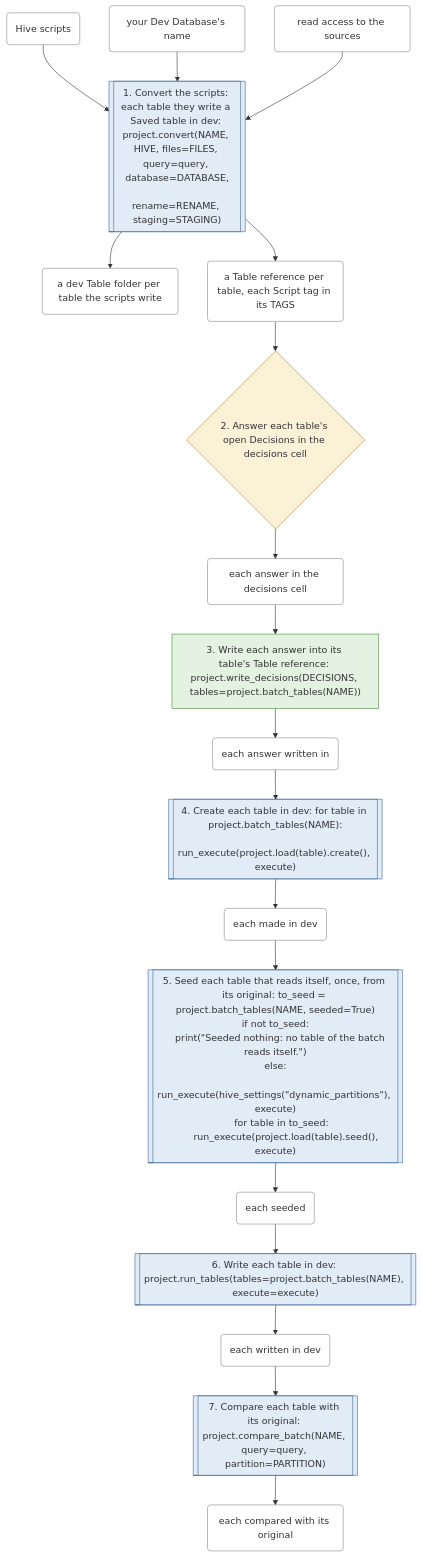
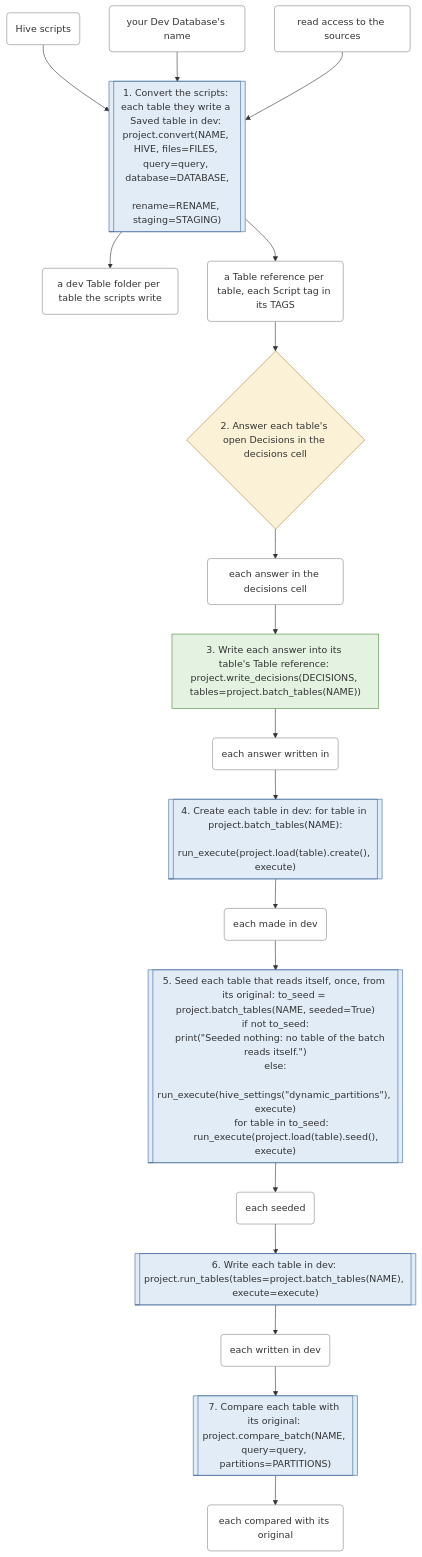
One commit to EdgyPage/SQL-Composer changed the first of 6 diagrams in docs/workflows.md. Above: the diagram before and after it, drawn with Mermaid. The commit also changed 13 other files, not shown here.

First line of the commit message:
fix(8.5): D449, CHANGES.md names new_run_value and PARTITIONS; the docs name PARTITIONS

````diff
--- a/docs/workflows.md
+++ b/docs/workflows.md
@@ -31,50 +31,50 @@
 ```mermaid
 flowchart TD
     s0[["1. Convert the scripts: each table they write a Saved table in dev: project.convert(NAME, HIVE, files=FILES, query=query, database=DATABASE,
                 rename=RENAME, staging=STAGING)"]]:::warehouse_call
     s1{"2. Answer each table's open Decisions in the decisions cell"}:::your_decision
     s2["3. Write each answer into its table's Table reference: project.write_decisions(DECISIONS, tables=project.batch_tables(NAME))"]:::files_only
     s3[["4. Create each table in dev: for table in project.batch_tables(NAME):
     run_execute(project.load(table).create(), execute)"]]:::warehouse_call
     s4[["5. Seed each table that reads itself, once, from its original: to_seed = project.batch_tables(NAME, seeded=True)
 if not to_seed:
     print(#quot;Seeded nothing: no table of the batch reads itself.#quot;)
 else:
     run_execute(hive_settings(#quot;dynamic_partitions#quot;), execute)
     for table in to_seed:
         run_execute(project.load(table).seed(), execute)"]]:::warehouse_call
     s5[["6. Write each table in dev: project.run_tables(tables=project.batch_tables(NAME), execute=execute)"]]:::warehouse_call
-    s6[["7. Compare each table with its original: project.compare_batch(NAME, query=query, partition=PARTITION)"]]:::warehouse_call
+    s6[["7. Compare each table with its original: project.compare_batch(NAME, query=query, partitions=PARTITIONS)"]]:::warehouse_call
     t0("Hive scripts"):::thing
     t1("your Dev Database's name"):::thing
     t2("read access to the sources"):::thing
     t3("a dev Table folder per table the scripts write"):::thing
     t4("a Table reference per table, each Script tag in its TAGS"):::thing
     t5("each answer in the decisions cell"):::thing
     t6("each answer written in"):::thing
     t7("each made in dev"):::thing
     t8("each seeded"):::thing
     t9("each written in dev"):::thing
     t10("each compared with its original"):::thing
     t0 --> s0
     t1 --> s0
     t2 --> s0
     s0 --> t3
     s0 --> t4
     t4 --> s1
     s1 --> t5
     t5 --> s2
     s2 --> t6
     t6 --> s3
     s3 --> t7
     t7 --> s4
     s4 --> t8
     t8 --> s5
     s5 --> t9
     t9 --> s6
     s6 --> t10
     classDef files_only fill:#e3f2e1,stroke:#4a8a3f
     classDef warehouse_call fill:#e1ecf7,stroke:#3f6a9a
     classDef your_decision fill:#fbf1d6,stroke:#a8842a
     classDef thing fill:#ffffff,stroke:#888888
 ```
````
